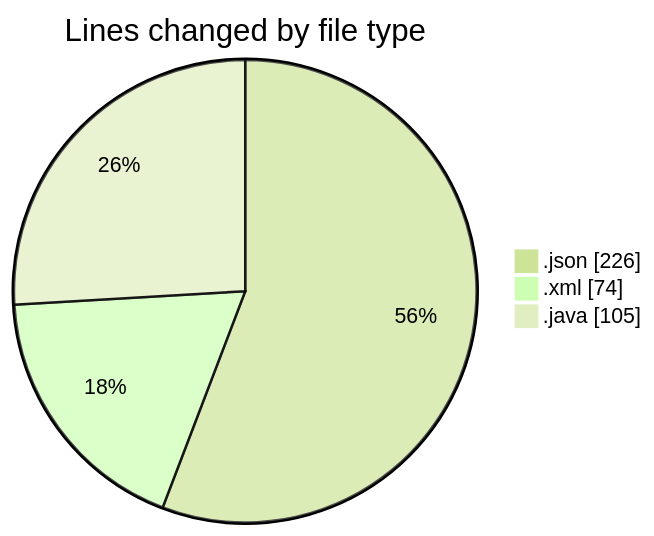
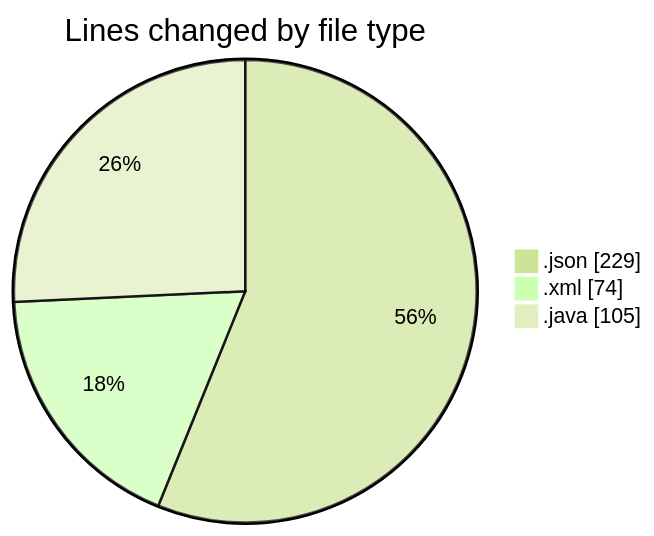
The first of 2 diagrams in 2025-03-15/sms/README.md (idhammustaqopulfikri/code-tracking), drawn with Mermaid (forest theme) before and after one commit. The commit also changed other lines of this file and 1 other file, not shown here.

````diff
--- a/2025-03-15/sms/README.md
+++ b/2025-03-15/sms/README.md
@@ -23,7 +23,7 @@
 ```mermaid
 pie showData
 title Lines changed by file type
-".json" : 226
+".json" : 229
 ".xml" : 74
 ".java" : 105
 ```
````
